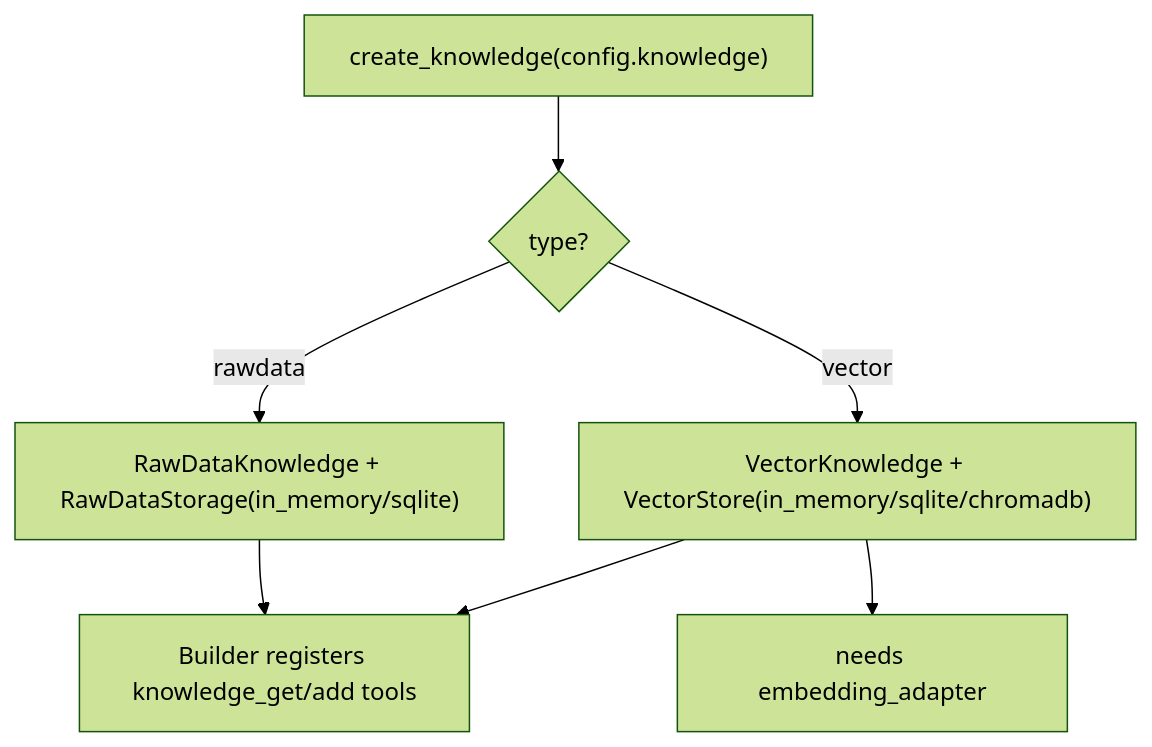
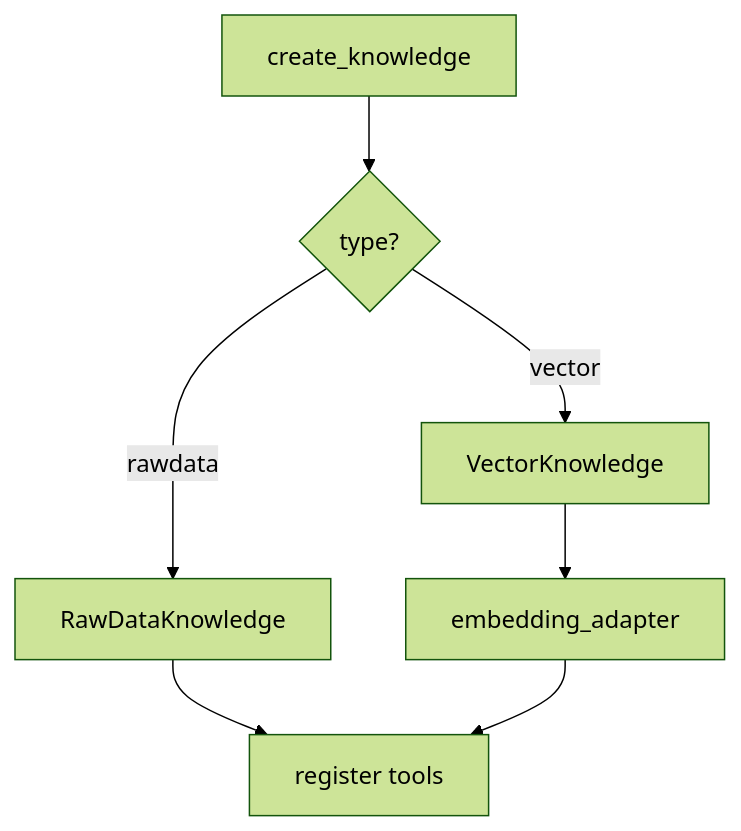
One commit to clowder-labs/Deterministic-Agent-Runtime-Engine changed the seventh of 13 diagrams in docs/DARE_FRAMEWORK_DESIGN.md. Above: the diagram before and after it, drawn with Mermaid (forest theme). The commit also changed other lines of this file, not shown here.

````diff
--- a/docs/DARE_FRAMEWORK_DESIGN.md
+++ b/docs/DARE_FRAMEWORK_DESIGN.md
@@ -282,9 +289,9 @@
 ```mermaid
-flowchart TD
-  A["create_knowledge(config.knowledge)"] --> B{"type?"}
-  B -->|rawdata| C["RawDataKnowledge + RawDataStorage(in_memory/sqlite)"]
-  B -->|vector| D["VectorKnowledge + VectorStore(in_memory/sqlite/chromadb)"]
-  D --> E["needs embedding_adapter"]
-  C --> F["Builder registers knowledge_get/add tools"]
-  D --> F
+flowchart TB
+  A["create_knowledge"] --> B{"type?"}
+  B -->|rawdata| C["RawDataKnowledge"]
+  B -->|vector| D["VectorKnowledge"]
+  D --> E["embedding_adapter"]
+  C --> F["register tools"]
+  E --> F
 ```
````
